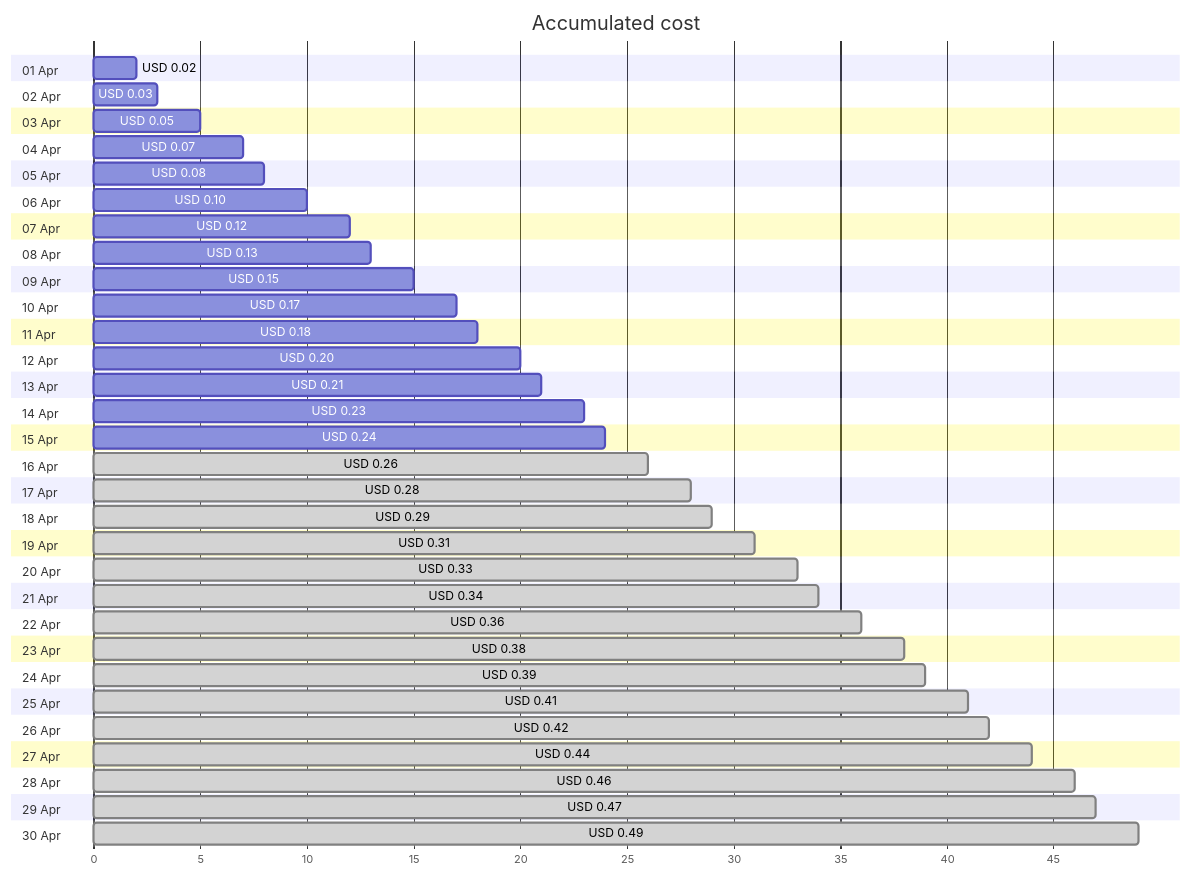
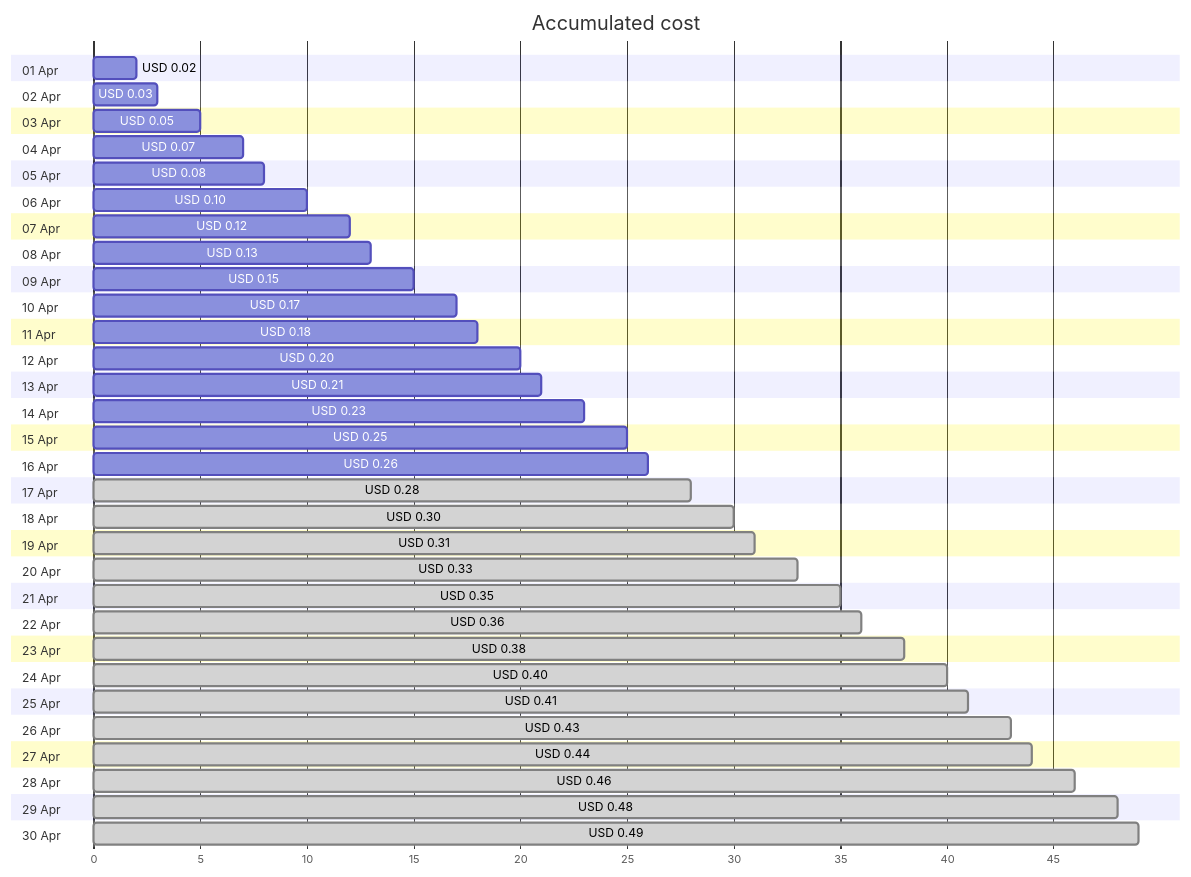
The first of 4 diagrams in cost-reports/personal-dns/jpatrickfulton.dev.md (jpfulton/azure-personal-reports), drawn with Mermaid before and after one commit. The commit also changed other lines of this file and 2 other files, not shown here.

````diff
--- a/cost-reports/personal-dns/jpatrickfulton.dev.md
+++ b/cost-reports/personal-dns/jpatrickfulton.dev.md
@@ -20,66 +20,66 @@
 ```mermaid
 gantt
    title Accumulated cost
    dateFormat  X
    axisFormat %s
    section 01 Apr
    USD 0.02 :0, 2
    section 02 Apr
    USD 0.03 :0, 3
    section 03 Apr
    USD 0.05 :0, 5
    section 04 Apr
    USD 0.07 :0, 7
    section 05 Apr
    USD 0.08 :0, 8
    section 06 Apr
    USD 0.10 :0, 10
    section 07 Apr
    USD 0.12 :0, 12
    section 08 Apr
    USD 0.13 :0, 13
    section 09 Apr
    USD 0.15 :0, 15
    section 10 Apr
    USD 0.17 :0, 17
    section 11 Apr
    USD 0.18 :0, 18
    section 12 Apr
    USD 0.20 :0, 20
    section 13 Apr
    USD 0.21 :0, 21
    section 14 Apr
    USD 0.23 :0, 23
    section 15 Apr
-   USD 0.24 :0, 24
+   USD 0.25 :0, 25
    section 16 Apr
-   USD 0.26 : done, 0, 26
+   USD 0.26 :0, 26
    section 17 Apr
    USD 0.28 : done, 0, 28
    section 18 Apr
-   USD 0.29 : done, 0, 29
+   USD 0.30 : done, 0, 30
    section 19 Apr
    USD 0.31 : done, 0, 31
    section 20 Apr
    USD 0.33 : done, 0, 33
    section 21 Apr
-   USD 0.34 : done, 0, 34
+   USD 0.35 : done, 0, 35
    section 22 Apr
    USD 0.36 : done, 0, 36
    section 23 Apr
    USD 0.38 : done, 0, 38
    section 24 Apr
-   USD 0.39 : done, 0, 39
+   USD 0.40 : done, 0, 40
    section 25 Apr
    USD 0.41 : done, 0, 41
    section 26 Apr
-   USD 0.42 : done, 0, 42
+   USD 0.43 : done, 0, 43
    section 27 Apr
    USD 0.44 : done, 0, 44
    section 28 Apr
    USD 0.46 : done, 0, 46
    section 29 Apr
-   USD 0.47 : done, 0, 47
+   USD 0.48 : done, 0, 48
    section 30 Apr
    USD 0.49 : done, 0, 49
 ```
````
